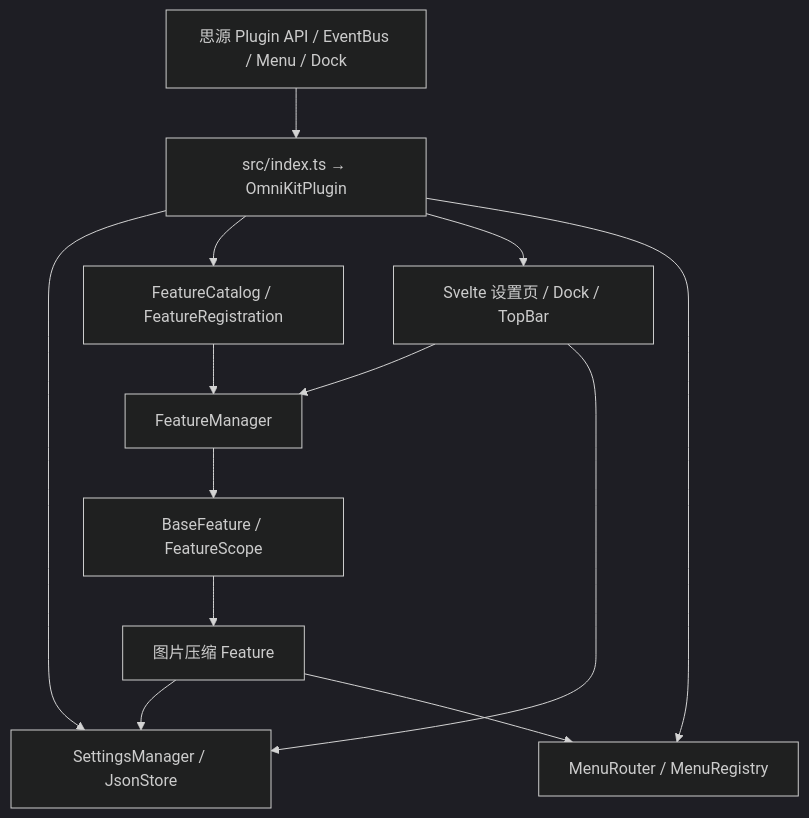
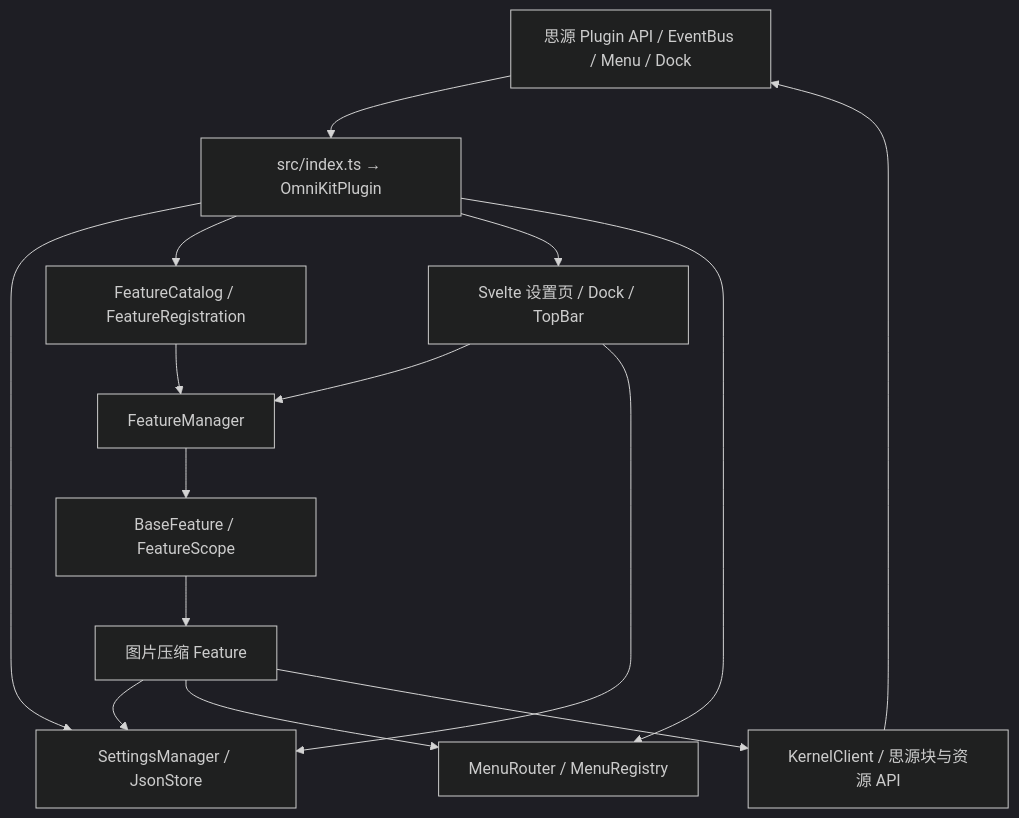
The diagram in docs/ARCHITECTURE.md (Forgo7ten/siyuan-plugin-omnikit), drawn with Mermaid (dark theme) before and after one commit. The commit also changed other lines of this file and 34 other files, not shown here.

First line of the commit message:
feat(image-compressor): 完善图片压缩安全性与整篇处理

````diff
--- a/docs/ARCHITECTURE.md
+++ b/docs/ARCHITECTURE.md
@@ -7,22 +7,24 @@
 ```mermaid
 flowchart TD
     Host[思源 Plugin API / EventBus / Menu / Dock]
     Entry[src/index.ts → OmniKitPlugin]
     Settings[SettingsManager / JsonStore]
     Catalog[FeatureCatalog / FeatureRegistration]
     Manager[FeatureManager]
     Scope[BaseFeature / FeatureScope]
     Image[图片压缩 Feature]
+    Kernel[KernelClient / 思源块与资源 API]
     UI[Svelte 设置页 / Dock / TopBar]
     Menus[MenuRouter / MenuRegistry]
 
     Host --> Entry
     Entry --> Settings
     Entry --> Catalog --> Manager --> Scope --> Image
     Entry --> UI
     Entry --> Menus
     Image --> Settings
     Image --> Menus
+    Image --> Kernel --> Host
     UI --> Manager
     UI --> Settings
 ```
````
